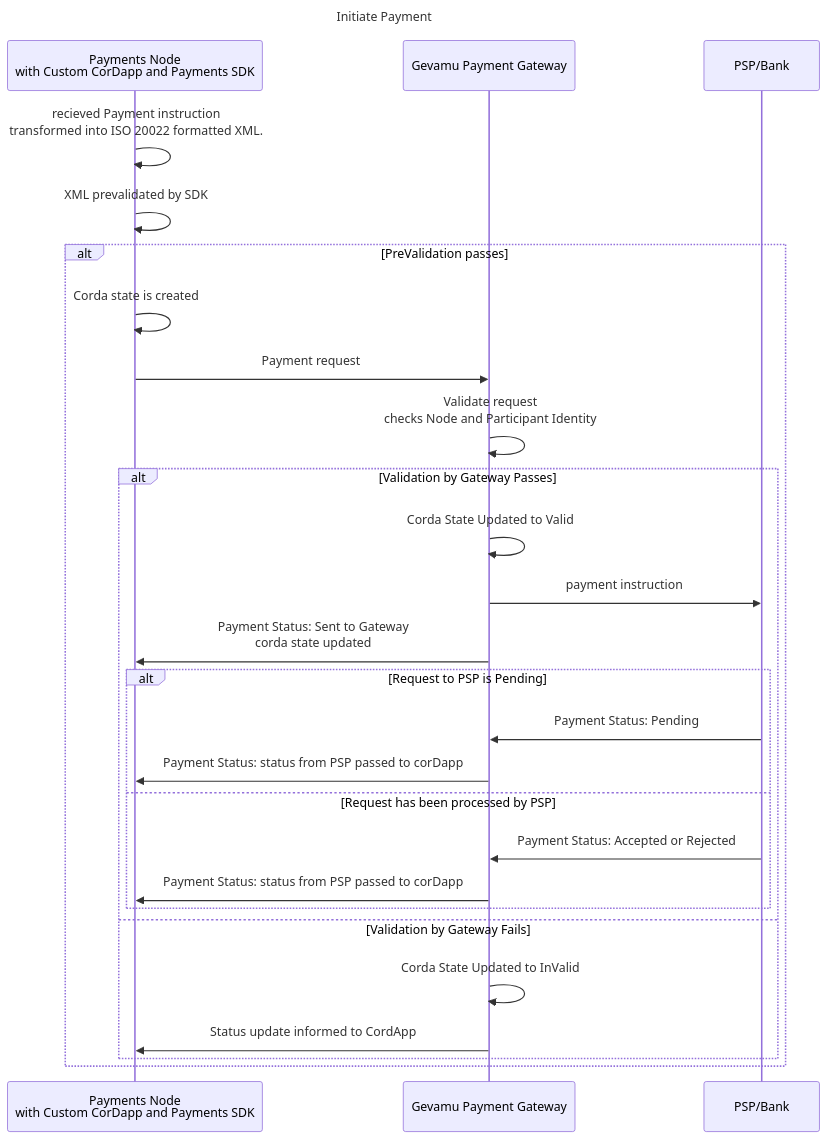
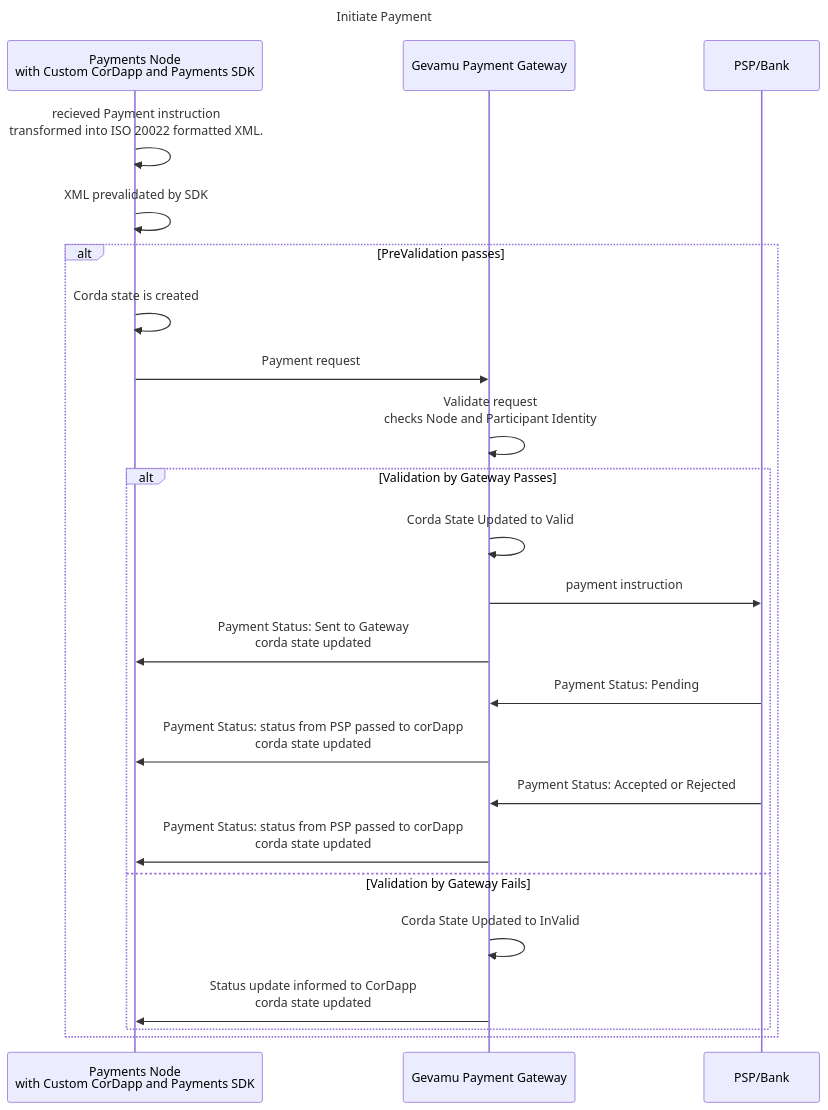
The diagram in content/3.workflow/4.payment-initiation.md (gevamu/gevamu.github.io), drawn with Mermaid before and after one commit.

Commit message:
alt are now preValidation and validation

````diff
--- a/content/3.workflow/4.payment-initiation.md
+++ b/content/3.workflow/4.payment-initiation.md
@@ -24,45 +24,42 @@
 ```mermaid
 ---
 title: Initiate Payment
 ---
 sequenceDiagram
     %% Participants
     participant pn as Payments Node <br/> with Custom CorDapp and Payments SDK 
     participant gpg as Gevamu Payment Gateway
     participant psp as PSP/Bank
 
     pn ->> pn: recieved Payment instruction  <br/> transformed into ISO 20022 formatted XML.
     pn ->> pn: XML prevalidated by SDK
 
     %% prevalidation by SDK
     alt PreValidation passes
         pn  ->>  pn: Corda state is created
         pn  ->> gpg: Payment request
         gpg ->> gpg: Validate request <br/> checks Node and Participant Identity
 
         ## validation by Gateway
         alt Validation by Gateway Passes
             gpg ->> gpg: Corda State Updated to Valid
             gpg ->> psp: payment instruction
             gpg ->> pn: Payment Status: Sent to Gateway <br/> corda state updated
 
-            %% Pedning Status by PSP
-            alt Request to PSP is Pending
-                psp ->> gpg: Payment Status: Pending
-                gpg ->> pn : Payment Status: status from PSP passed to corDapp
+            %% Pending Status by PSP
+            psp ->> gpg: Payment Status: Pending
+            gpg ->> pn : Payment Status: status from PSP passed to corDapp <br/> corda state updated
             
-            else Request has been processed by PSP
-                psp ->> gpg: Payment Status:  Accepted or Rejected
-                gpg ->> pn : Payment Status: status from PSP passed to corDapp 
-
-            end
+           %% Request has been processed by PSP 
+            psp ->> gpg: Payment Status: Accepted or Rejected
+            gpg ->> pn : Payment Status: status from PSP passed to corDapp <br/> corda state updated
 
         %% validation by gateway fails
         else Validation by Gateway Fails
             gpg ->> gpg: Corda State Updated to InValid
-            gpg ->> pn : Status update informed to CordApp
+            gpg ->> pn : Status update informed to CorDapp <br/> corda state updated
 
         end
             
     end
 ```
````
